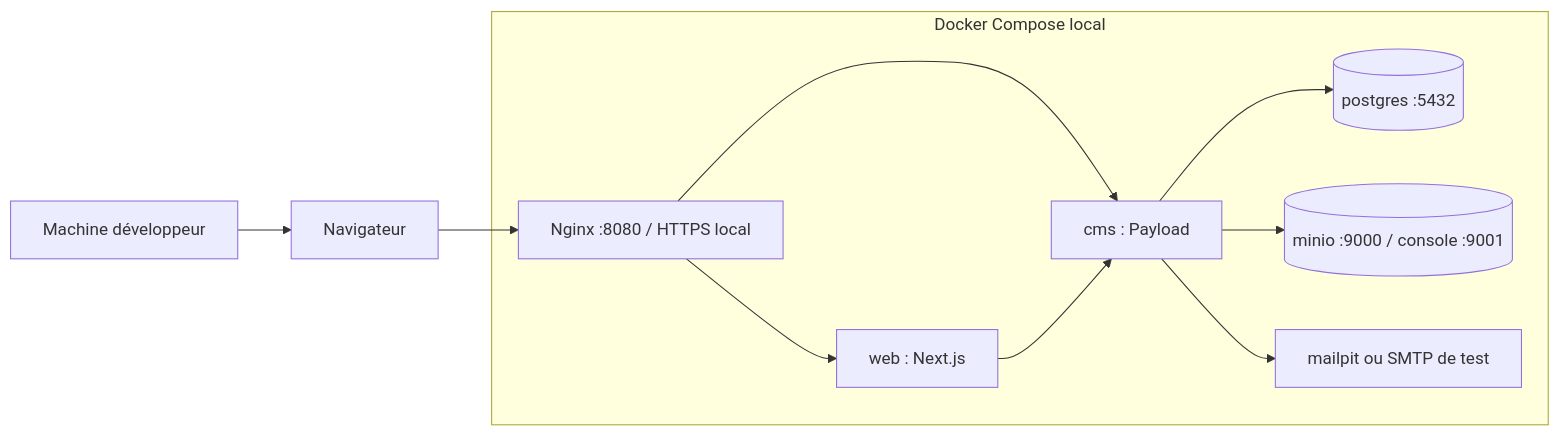
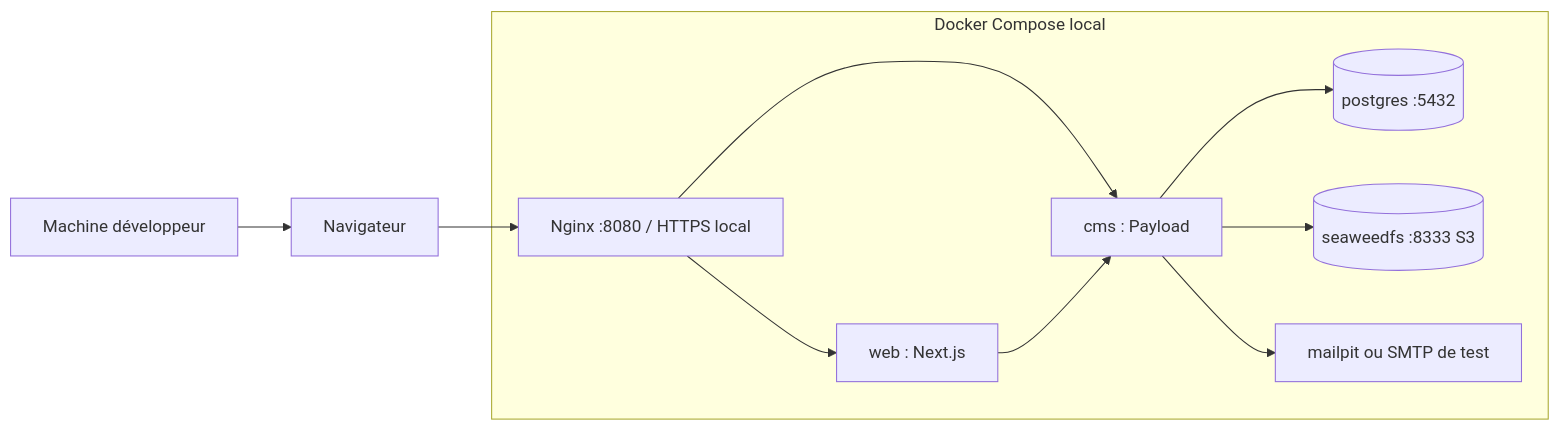
One commit to MannuPy/AfricaIngenierie changed the second of 8 diagrams in docs/architecture-et-uml.md. Above: the diagram before and after it, drawn with Mermaid. The commit also changed other lines of this file and 35 other files, not shown here.

````diff
--- a/docs/architecture-et-uml.md
+++ b/docs/architecture-et-uml.md
@@ -57,21 +57,21 @@
 ```mermaid
 flowchart LR
   Dev[Machine développeur]
   Browser[Navigateur]
   subgraph Docker[Docker Compose local]
     Nginx[Nginx :8080 / HTTPS local]
     Web[web : Next.js]
     Cms[cms : Payload]
     Db[(postgres :5432)]
-    Object[(minio :9000 / console :9001)]
+    Object[(seaweedfs :8333 S3)]
     Mailhog[mailpit ou SMTP de test]
   end
   Dev --> Browser
   Browser --> Nginx
   Nginx --> Web
   Nginx --> Cms
   Web --> Cms
   Cms --> Db
   Cms --> Object
   Cms --> Mailhog
 ```
````
